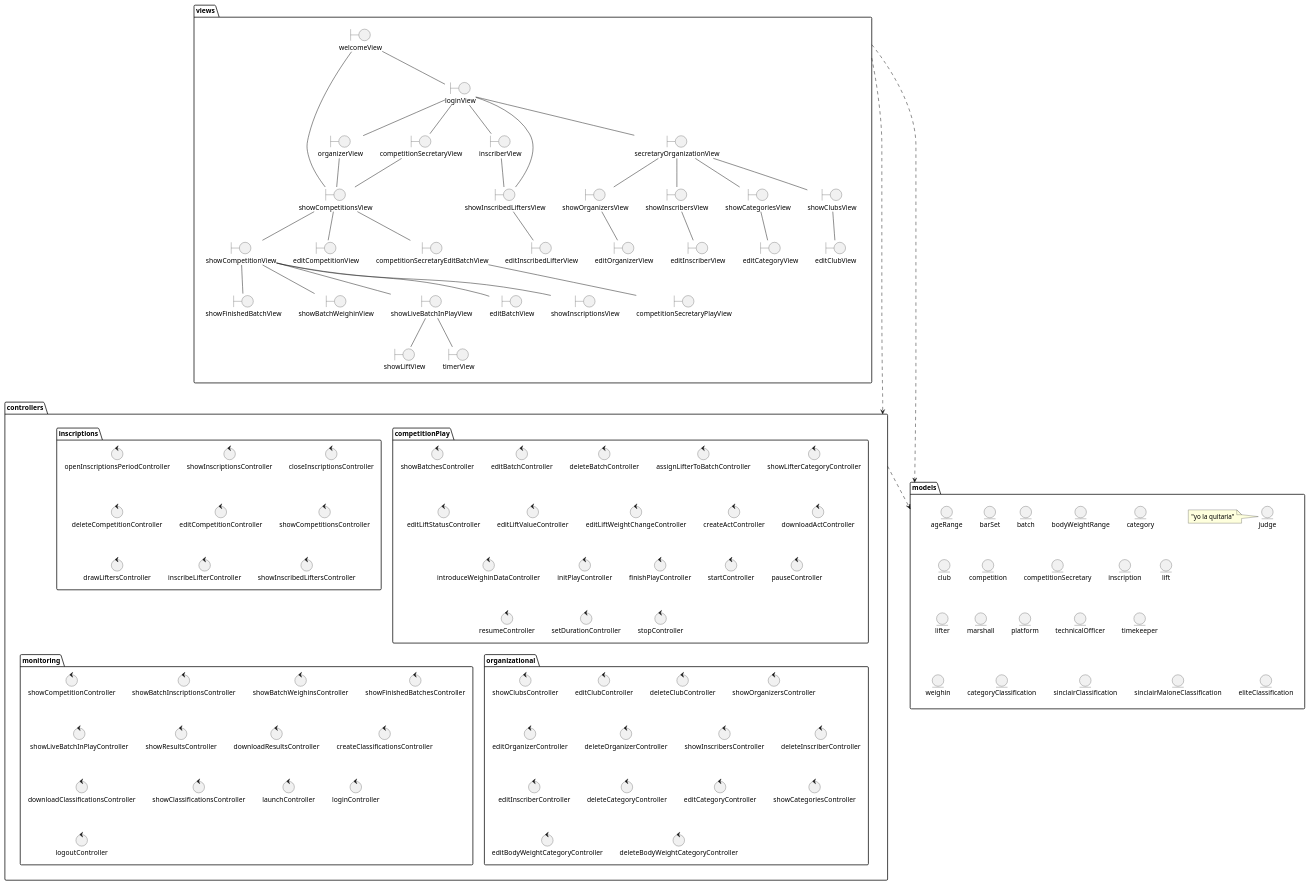
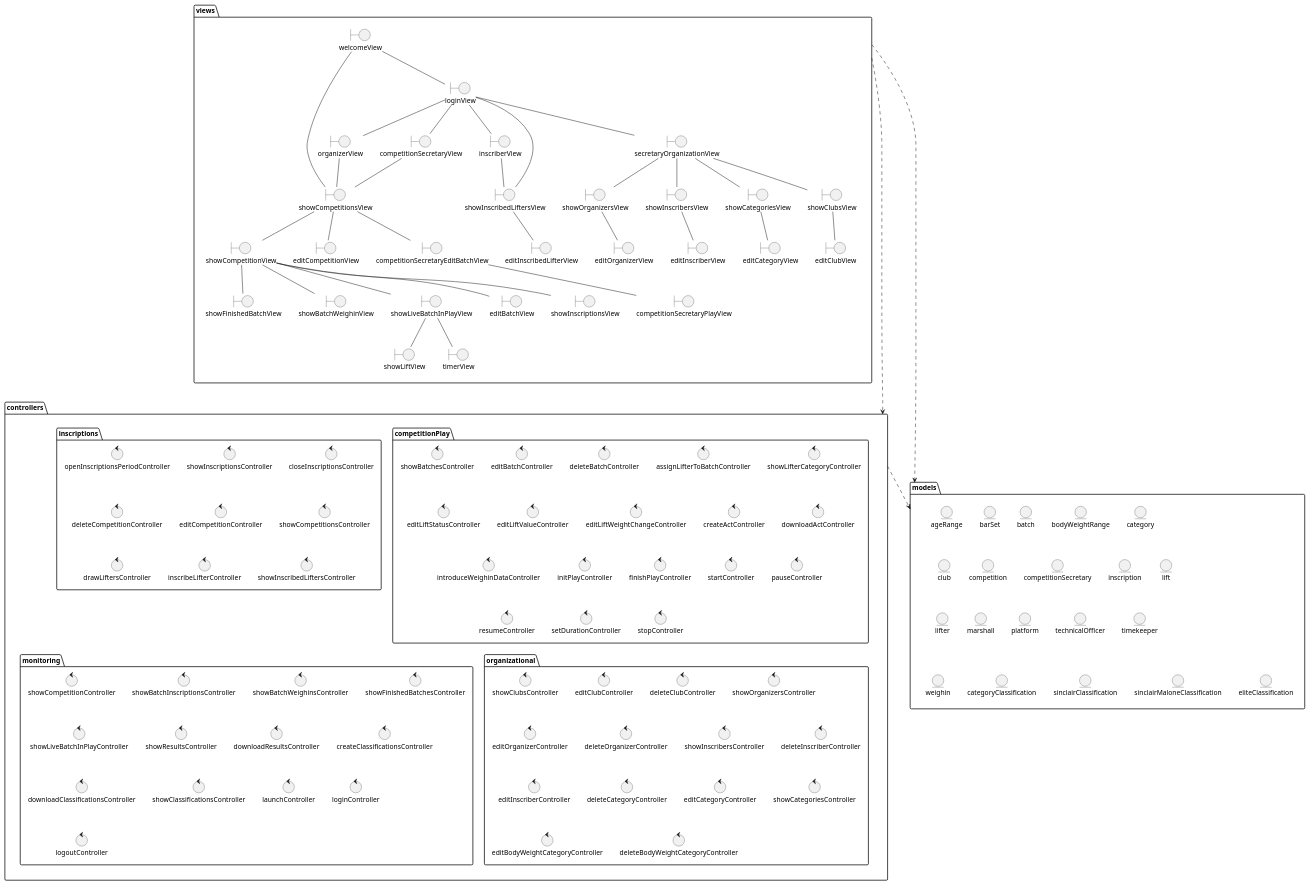
The diagram in documentation/diagrams/2_analysis/Full_ArchitectureAnalysis.puml (zuldare/mastercloud_pfm_halterocms), drawn with PlantUML before and after one commit.

Commit message:
remove judge from models package

```diff
--- a/documentation/diagrams/2_analysis/Full_ArchitectureAnalysis.puml
+++ b/documentation/diagrams/2_analysis/Full_ArchitectureAnalysis.puml
@@ -189,8 +189,6 @@
     entity competition
     entity competitionSecretary
     entity inscription
-    entity judge
-    note left of judge: "yo la quitaria"
     entity lift
     entity lifter
     entity marshall
```
